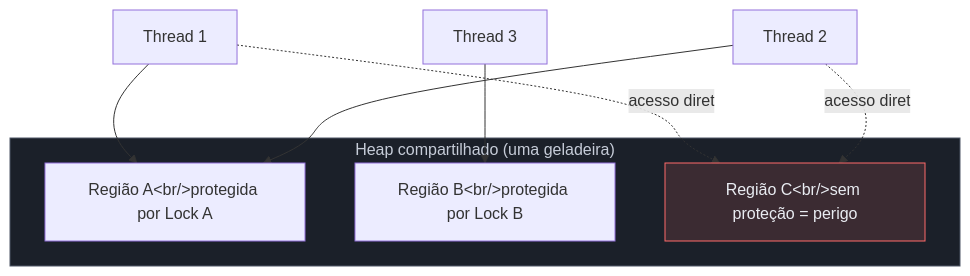
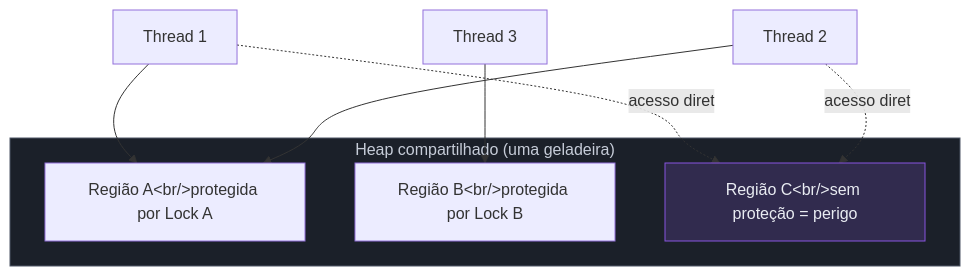
Before and after one commit to josenaldo/codex-technomanticus: the first of 6 diagrams in 03-Dominios/Ciência/Concorrência e Paralelismo/10 - Memória compartilhada com threads e locks.md, drawn with Mermaid. The commit also changed other lines of this file and 601 other files, not shown here.

````diff
--- a/03-Dominios/Ciência/Concorrência e Paralelismo/10 - Memória compartilhada com threads e locks.md
+++ b/03-Dominios/Ciência/Concorrência e Paralelismo/10 - Memória compartilhada com threads e locks.md
@@ -33,17 +33,17 @@
 ```mermaid
 flowchart TB
-    classDef falha fill:#FF6B6B24,stroke:#FF6B6B,color:#E9ECF2
+    classDef marca fill:#8855DF33,stroke:#8855DF,color:#E9ECF2
     classDef neutro fill:#1B2029,stroke:#4E5666,color:#C6CCD8
     subgraph HEAP["Heap compartilhado (uma geladeira)"]
         R1["Região A&lt;br/&gt;protegida por Lock A"]
         R2["Região B&lt;br/&gt;protegida por Lock B"]
         R3["Região C&lt;br/&gt;sem proteção = perigo"]
     end
     T1["Thread 1"] --> R1
     T2["Thread 2"] --> R1
     T3["Thread 3"] --> R2
     T1 -.acesso direto.-> R3
     T2 -.acesso direto.-> R3
-    class R3 falha
+    class R3 marca
     class HEAP neutro
 ```
````
